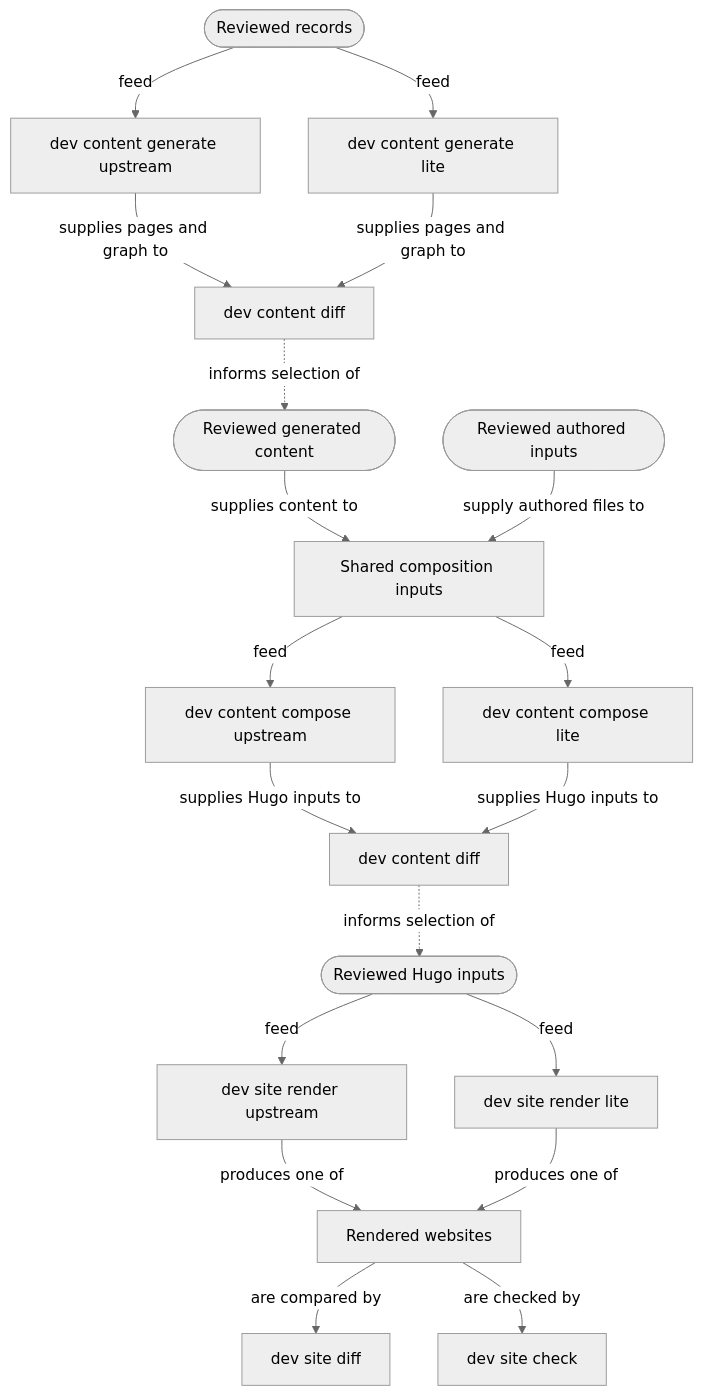
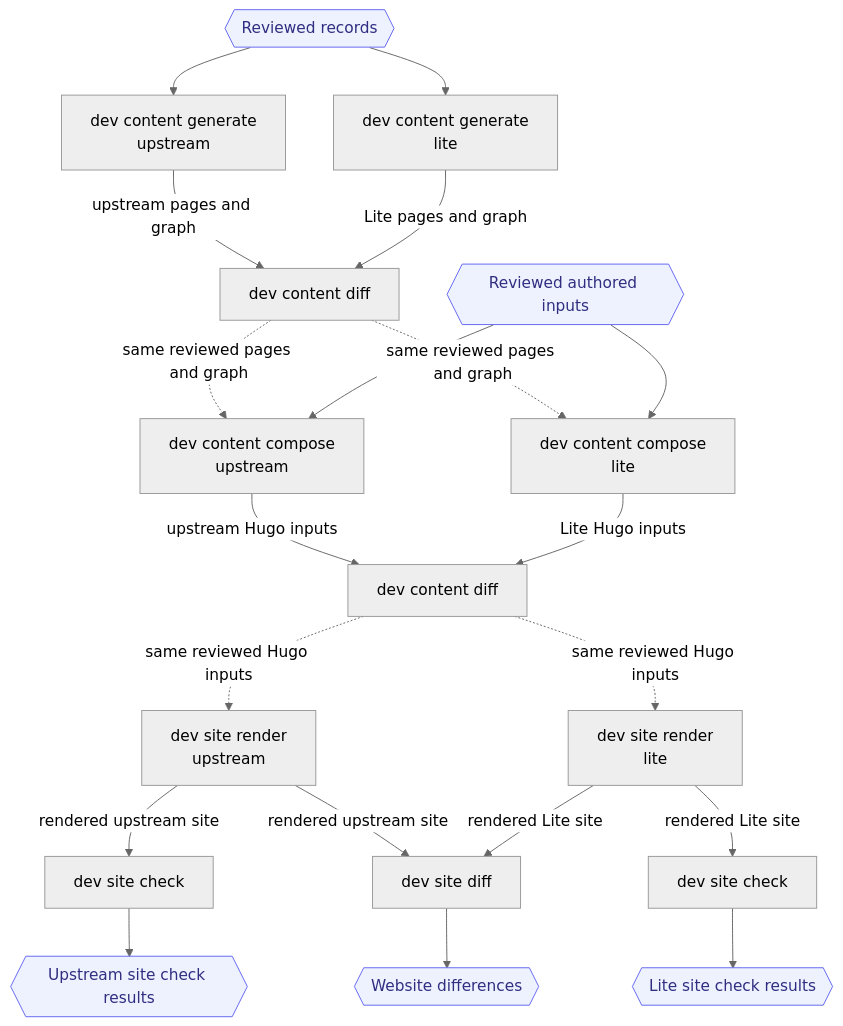
Before and after one commit to ORINOCO-Lite/orinoco-lite-dev: the third of 3 diagrams in docs/agents/staged-upstream-validation.md, drawn with Mermaid (neutral theme). The commit also changed other lines of this file, not shown here.

First line of the commit message:
docs: show validation as chains of dev commands

````diff
--- a/docs/agents/staged-upstream-validation.md
+++ b/docs/agents/staged-upstream-validation.md
@@ -57,25 +58,25 @@
 ```mermaid
 flowchart TB
-  records(["Reviewed records"])
-  records -->|feed| genup["dev content generate upstream"]
-  records -->|feed| genlite["dev content generate lite"]
-  genup -->|supplies pages and graph to| contentdiff["dev content diff"]
-  genlite -->|supplies pages and graph to| contentdiff
-  contentdiff -.->|informs selection of| projection(["Reviewed generated content"])
+  records{{"Reviewed records"}}:::boundary --> genup["dev content generate<br/>upstream"]
+  records --> genlite["dev content generate<br/>lite"]
+  genup -->|upstream pages and graph| contentdiff["dev content diff"]
+  genlite -->|Lite pages and graph| contentdiff
 
-  inputs(["Reviewed authored inputs"])
-  projection -->|supplies content to| shared["Shared composition inputs"]
-  inputs -->|supply authored files to| shared
-  shared -->|feed| composeup["dev content compose upstream"]
-  shared -->|feed| composelite["dev content compose lite"]
-  composeup -->|supplies Hugo inputs to| assemblydiff["dev content diff"]
-  composelite -->|supplies Hugo inputs to| assemblydiff
-  assemblydiff -.->|informs selection of| assembly(["Reviewed Hugo inputs"])
+  contentdiff -.->|same reviewed pages and graph| composeup["dev content compose<br/>upstream"]
+  contentdiff -.->|same reviewed pages and graph| composelite["dev content compose<br/>lite"]
+  inputs{{"Reviewed authored inputs"}}:::boundary --> composeup
+  inputs --> composelite
+  composeup -->|upstream Hugo inputs| assemblydiff["dev content diff"]
+  composelite -->|Lite Hugo inputs| assemblydiff
 
-  assembly -->|feed| renderup["dev site render upstream"]
-  assembly -->|feed| renderlite["dev site render lite"]
-  renderup -->|produces one of| sites["Rendered websites"]
-  renderlite -->|produces one of| sites
-  sites -->|are compared by| sitediff["dev site diff"]
-  sites -->|are checked by| check["dev site check"]
+  assemblydiff -.->|same reviewed Hugo inputs| renderup["dev site render<br/>upstream"]
+  assemblydiff -.->|same reviewed Hugo inputs| renderlite["dev site render<br/>lite"]
+  renderup -->|rendered upstream site| checkup["dev site check"]
+  renderup -->|rendered upstream site| sitediff["dev site diff"]
+  renderlite -->|rendered Lite site| sitediff
+  renderlite -->|rendered Lite site| checklite["dev site check"]
+  checkup --> upstreamchecks{{"Upstream site check results"}}:::boundary
+  sitediff --> differences{{"Website differences"}}:::boundary
+  checklite --> litechecks{{"Lite site check results"}}:::boundary
+  classDef boundary fill:#eef2ff,stroke:#6366f1,color:#312e81
 ```
````
